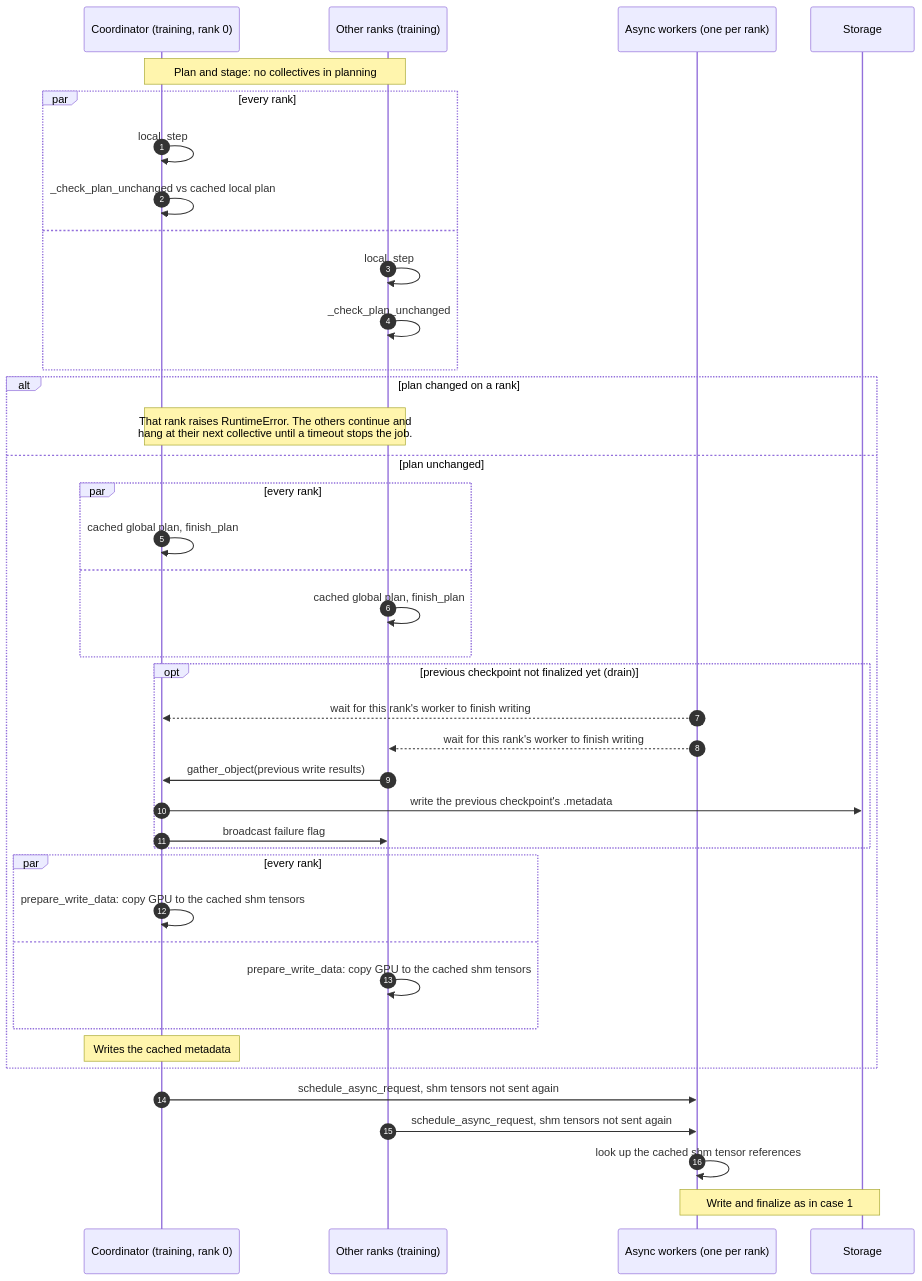
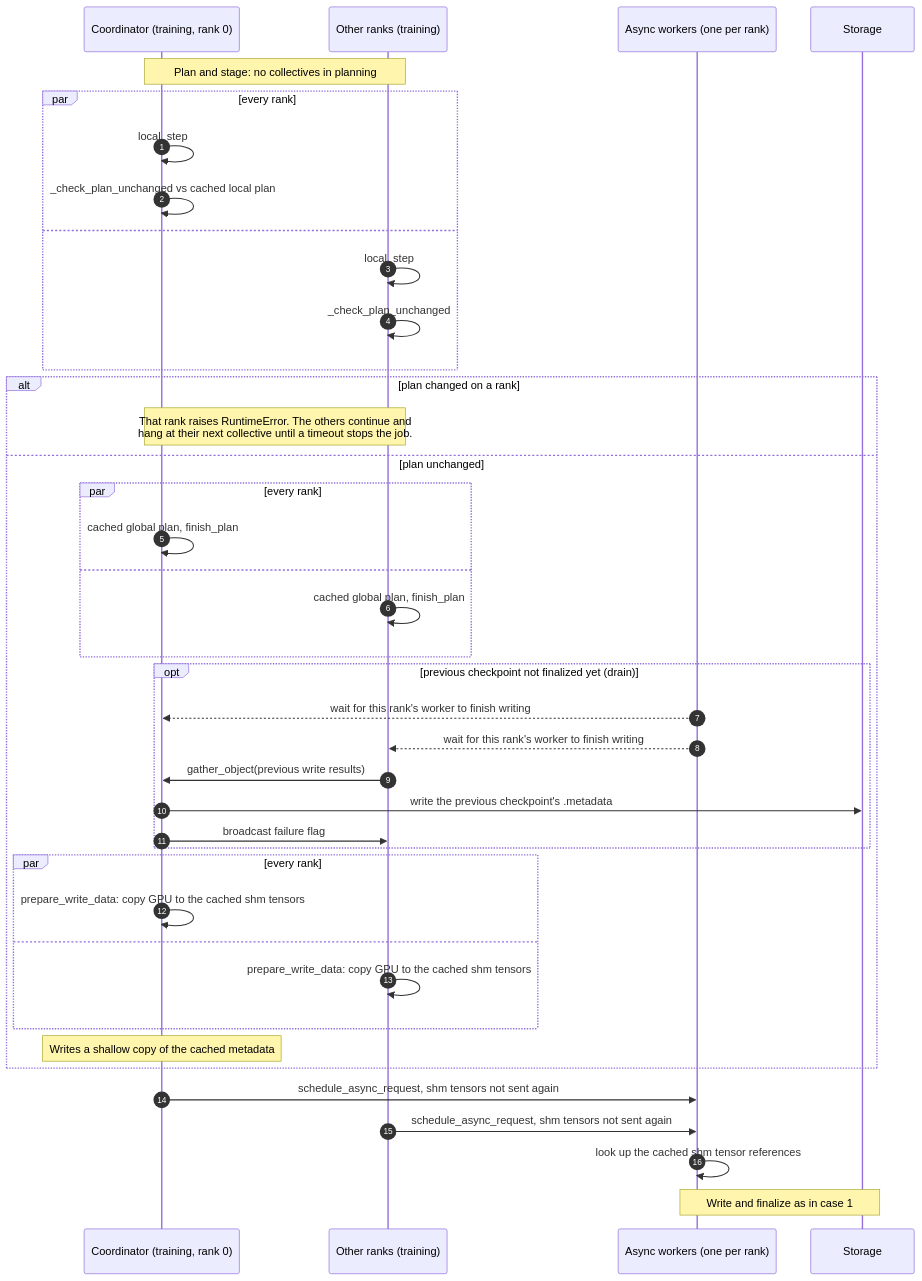
The second of 3 diagrams in docs/design/checkpoint/ASYNC_SAVE.md (NVIDIA/nvidia-resiliency-ext), drawn with Mermaid before and after one commit. The commit also changed other lines of this file and 2 other files, not shown here.

First line of the commit message:
Write a copy of the cached metadata on every save

````diff
--- a/docs/design/checkpoint/ASYNC_SAVE.md
+++ b/docs/design/checkpoint/ASYNC_SAVE.md
@@ -99,44 +101,44 @@
 ```mermaid
 sequenceDiagram
     autonumber
     participant C as Coordinator (training, rank 0)
     participant R as Other ranks (training)
     participant W as Async workers (one per rank)
     participant S as Storage
 
     Note over C,R: Plan and stage: no collectives in planning
     par every rank
         C->>C: local_step
         C->>C: _check_plan_unchanged vs cached local plan
     and
         R->>R: local_step
         R->>R: _check_plan_unchanged
     end
     alt plan changed on a rank
         Note over C,R: That rank raises RuntimeError. The others continue and<br/>hang at their next collective until a timeout stops the job.
     else plan unchanged
         par every rank
             C->>C: cached global plan, finish_plan
         and
             R->>R: cached global plan, finish_plan
         end
         opt previous checkpoint not finalized yet (drain)
             W-->>C: wait for this rank's worker to finish writing
             W-->>R: wait for this rank's worker to finish writing
             R->>C: gather_object(previous write results)
             C->>S: write the previous checkpoint's .metadata
             C->>R: broadcast failure flag
         end
         par every rank
             C->>C: prepare_write_data: copy GPU to the cached shm tensors
         and
             R->>R: prepare_write_data: copy GPU to the cached shm tensors
         end
-        Note over C: Writes the cached metadata
+        Note over C: Writes a shallow copy of the cached metadata
     end
 
     C->>W: schedule_async_request, shm tensors not sent again
     R->>W: schedule_async_request, shm tensors not sent again
     W->>W: look up the cached shm tensor references
     Note over W,S: Write and finalize as in case 1
 ```
````
